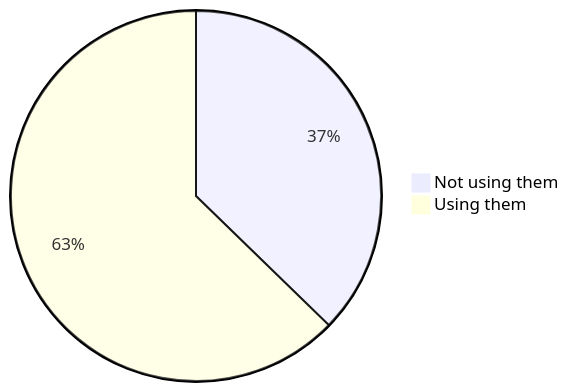
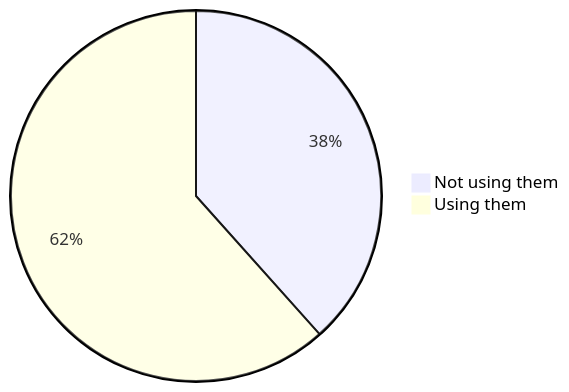
One commit to oshp/oshp-stats changed the first of 22 diagrams in stats.md. Above: the diagram before and after it, drawn with Mermaid. The commit also changed other lines of this file, not shown here.

````diff
--- a/stats.md
+++ b/stats.md
@@ -10,6 +10,6 @@
 ```mermaid
 pie
-	"Not using them" : 37.27
-	"Using them" : 62.73
+	"Not using them" : 38.39
+	"Using them" : 61.61
 
 ```
````
